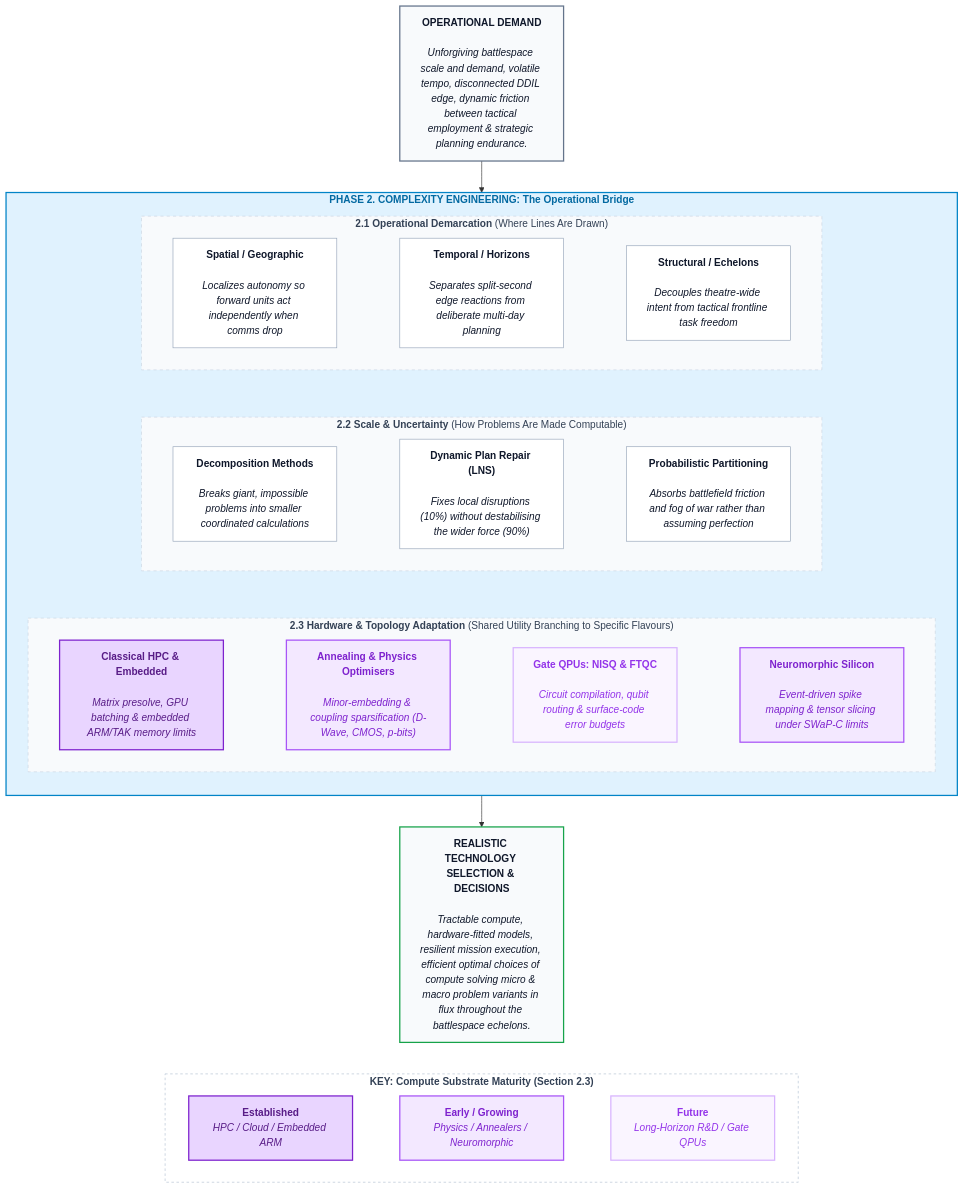
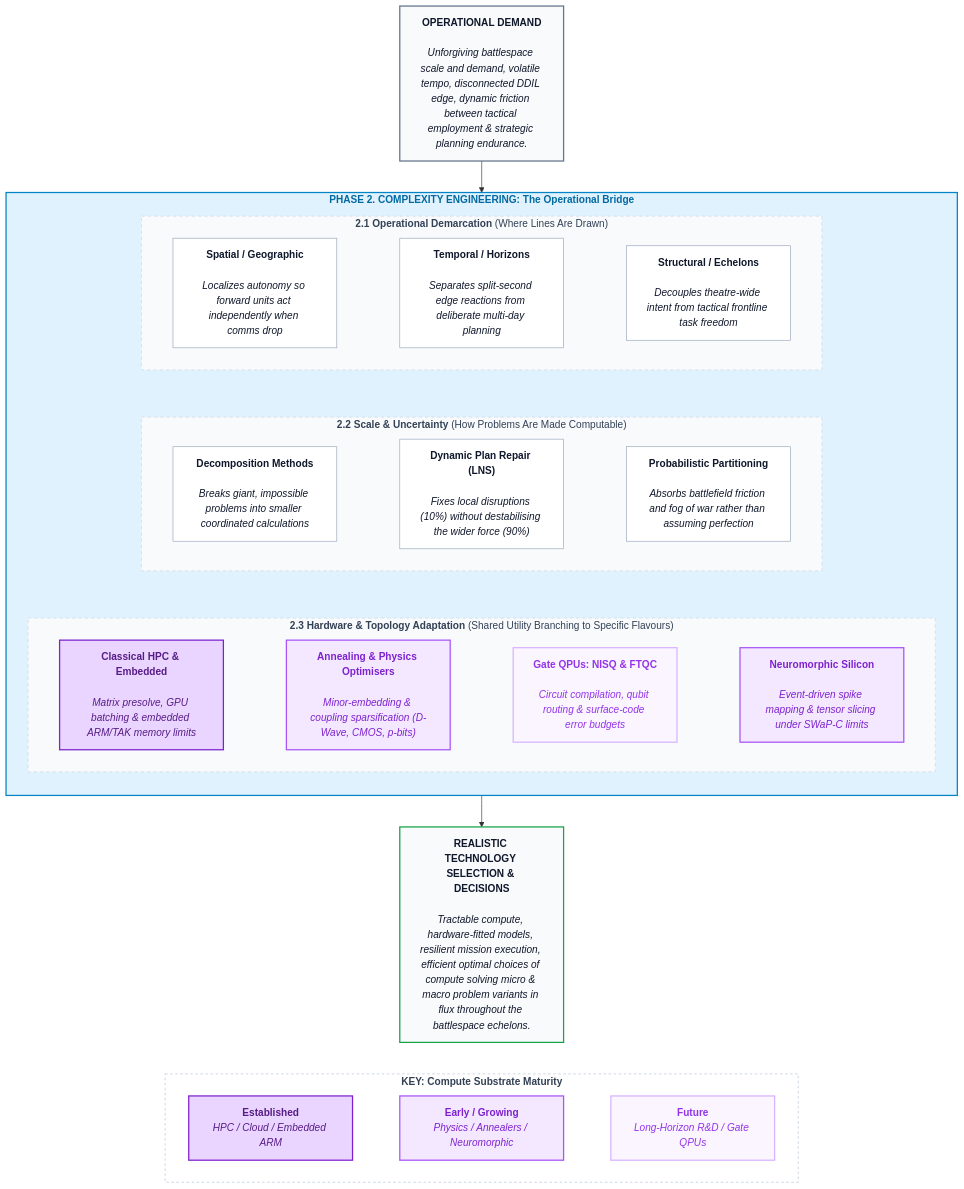
One commit to baddogdown/knowledge changed the sixth of 8 diagrams in quantum/The_Emergent_Algorithmic_Bridge.md. Above: the diagram before and after it, drawn with Mermaid. The commit also changed other lines of this file, not shown here.

````diff
--- a/quantum/The_Emergent_Algorithmic_Bridge.md
+++ b/quantum/The_Emergent_Algorithmic_Bridge.md
@@ -773,82 +773,82 @@
 ```mermaid
 flowchart TB
 
     DEMAND["<b>OPERATIONAL DEMAND</b><br/><br/><i>Unforgiving battlespace scale and demand, volatile tempo, disconnected DDIL edge, dynamic friction between tactical employment & strategic planning endurance.</i>"]
     
     OUTCOME["<b>REALISTIC TECHNOLOGY SELECTION & DECISIONS</b><br/><br/><i>Tractable compute, hardware-fitted models, resilient mission execution, efficient optimal choices of compute solving micro & macro problem variants in flux throughout the battlespace echelons.</i>"]
 
     subgraph BRIDGE ["<b>PHASE 2. COMPLEXITY ENGINEERING: The Operational Bridge</b>"]
         direction TB
 
         %% Row 1: Section 2.1 Bullets
         subgraph SEC21 ["<b>2.1 Operational Demarcation</b> (Where Lines Are Drawn)"]
             direction LR
             B1["<b>Spatial / Geographic</b><br/><br/><i>Localizes autonomy so forward units act independently when comms drop</i>"]
             B2["<b>Temporal / Horizons</b><br/><br/><i>Separates split-second edge reactions from deliberate multi-day planning</i>"]
             B3["<b>Structural / Echelons</b><br/><br/><i>Decouples theatre-wide intent from tactical frontline task freedom</i>"]
             B1 ~~~ B2 ~~~ B3
         end
 
         %% Row 2: Section 2.2 Bullets
         subgraph SEC22 ["<b>2.2 Scale & Uncertainty</b> (How Problems Are Made Computable)"]
             direction LR
             M1["<b>Decomposition Methods</b><br/><br/><i>Breaks giant, impossible problems into smaller coordinated calculations</i>"]
             M2["<b>Dynamic Plan Repair (LNS)</b><br/><br/><i>Fixes local disruptions (10%) without destabilising the wider force (90%)</i>"]
             M3["<b>Probabilistic Partitioning</b><br/><br/><i>Absorbs battlefield friction and fog of war rather than assuming perfection</i>"]
             M1 ~~~ M2 ~~~ M3
         end
 
         %% Row 3: Section 2.3 Bullets
         subgraph SEC23 ["<b>2.3 Hardware & Topology Adaptation</b> (Shared Utility Branching to Specific Flavours)"]
             direction LR
             H0["<b>Classical HPC & Embedded</b><br/><br/><i>Matrix presolve, GPU batching & embedded ARM/TAK memory limits</i>"]
             H1["<b>Annealing & Physics Optimisers</b><br/><br/><i>Minor-embedding & coupling sparsification (D-Wave, CMOS, p-bits)</i>"]
             H2["<b>Gate QPUs: NISQ & FTQC</b><br/><br/><i>Circuit compilation, qubit routing & surface-code error budgets</i>"]
             H3["<b>Neuromorphic Silicon</b><br/><br/><i>Event-driven spike mapping & tensor slicing under SWaP-C limits</i>"]
             H0 ~~~ H1 ~~~ H2 ~~~ H3
         end
 
         SEC21 ~~~ SEC22 ~~~ SEC23
     end
 
     DEMAND --> BRIDGE
     BRIDGE --> OUTCOME
 
-    subgraph KEY_D4 ["<b>KEY: Compute Substrate Maturity (Section 2.3)</b>"]
+    subgraph KEY_D4 ["<b>KEY: Compute Substrate Maturity</b>"]
         direction LR
         K1["<b>Established</b><br/><i>HPC / Cloud / Embedded ARM</i>"]
         K2["<b>Early / Growing</b><br/><i>Physics / Annealers / Neuromorphic</i>"]
         K3["<b>Future</b><br/><i>Long-Horizon R&D / Gate QPUs</i>"]
         K1 ~~~ K2 ~~~ K3
     end
 
     OUTCOME ~~~ KEY_D4
 
     %% Styling
     style DEMAND fill:#f8fafc,stroke:#64748b,stroke-width:2px,color:#0f172a
     style OUTCOME fill:#f8fafc,stroke:#16a34a,stroke-width:2px,color:#0f172a
 
     style BRIDGE fill:#e0f2fe,stroke:#0284c7,stroke-width:2px,color:#0369a1
     style SEC21 fill:#f8fafc,stroke:#cbd5e1,stroke-width:1px,stroke-dasharray: 5 5,color:#334155
     style SEC22 fill:#f8fafc,stroke:#cbd5e1,stroke-width:1px,stroke-dasharray: 5 5,color:#334155
     style SEC23 fill:#f8fafc,stroke:#cbd5e1,stroke-width:1px,stroke-dasharray: 5 5,color:#334155
 
     style B1 fill:#ffffff,stroke:#94a3b8,stroke-width:1px,color:#0f172a
     style B2 fill:#ffffff,stroke:#94a3b8,stroke-width:1px,color:#0f172a
     style B3 fill:#ffffff,stroke:#94a3b8,stroke-width:1px,color:#0f172a
 
     style M1 fill:#ffffff,stroke:#94a3b8,stroke-width:1px,color:#0f172a
     style M2 fill:#ffffff,stroke:#94a3b8,stroke-width:1px,color:#0f172a
     style M3 fill:#ffffff,stroke:#94a3b8,stroke-width:1px,color:#0f172a
 
     style KEY_D4 fill:#ffffff,stroke:#cbd5e1,stroke-width:1.5px,stroke-dasharray: 4 4,color:#334155
 
     %% Substrate Maturity Classes (matching Diagram 1)
     classDef matureStrong fill:#e9d5ff,stroke:#7e22ce,stroke-width:2px,color:#581c87
     classDef matureMedium fill:#f3e8ff,stroke:#a855f7,stroke-width:2px,color:#7e22ce
     classDef matureWeak fill:#faf5ff,stroke:#d8b4fe,stroke-width:2px,color:#9333ea
 
     class H0,K1 matureStrong
     class H1,H3,K2 matureMedium
     class H2,K3 matureWeak
 ```
````
